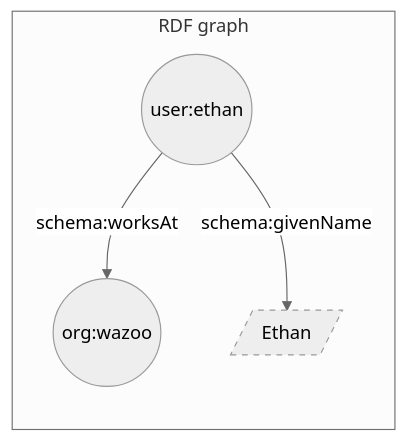
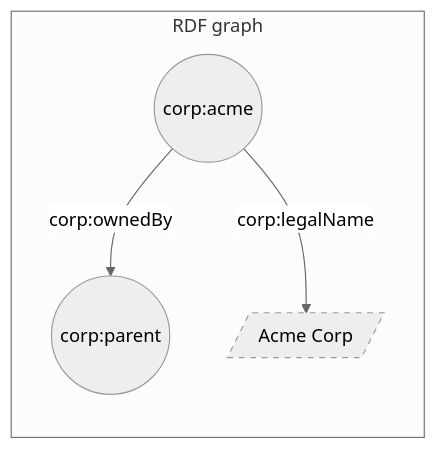
The third of 3 diagrams in packages/docs/worlds/index.mdx (wazootech/worlds), drawn with Mermaid (neutral theme) before and after one commit. The commit also changed other lines of this file and 38 other files, not shown here.

````diff
--- a/packages/docs/worlds/index.mdx
+++ b/packages/docs/worlds/index.mdx
@@ -101,8 +101,8 @@
 ```mermaid
 graph LR
     subgraph "RDF graph"
-    A((user:ethan)) -->|schema:worksAt| B((org:wazoo))
-    A -->|schema:givenName| C[/"Ethan"/]
+    A((corp:acme)) -->|corp:ownedBy| B((corp:parent))
+    A -->|corp:legalName| C[/"Acme Corp"/]
     end
     style C stroke-dasharray: 5 5
 ```
````
